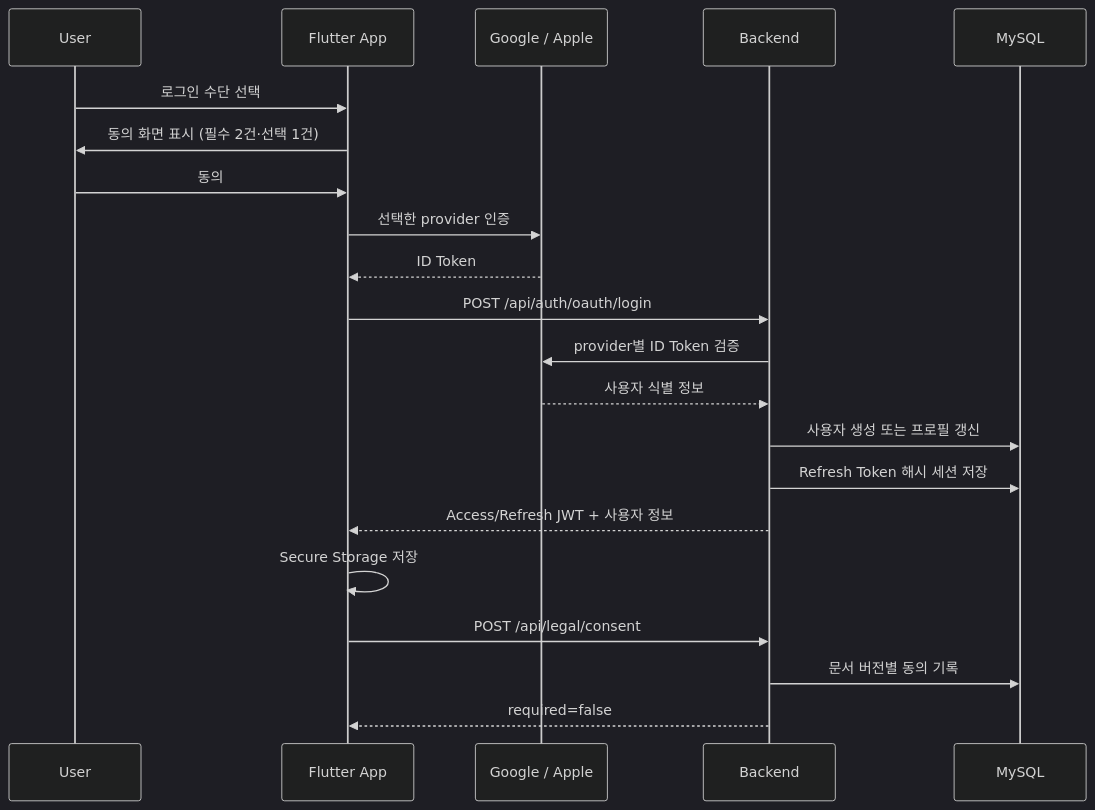
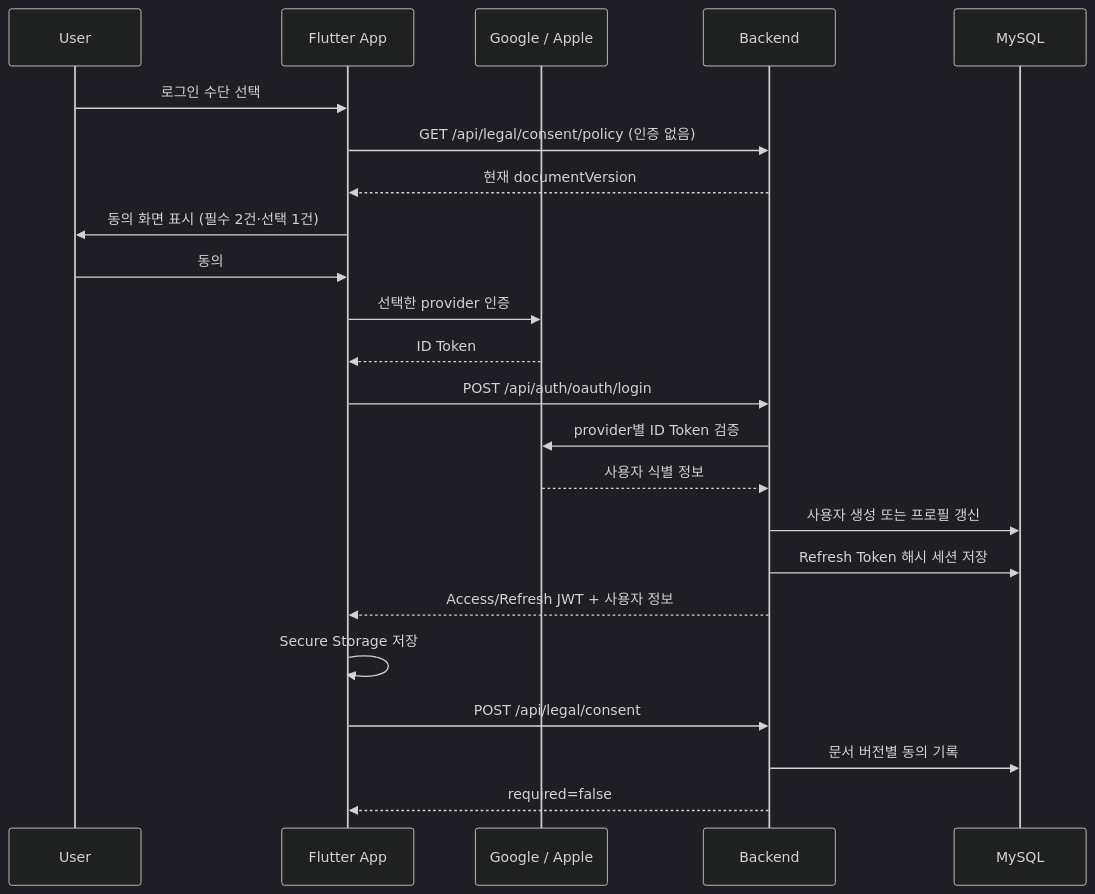
The first of 2 diagrams in docs/architecture/authentication-flow.md (byeok99/LingKo), drawn with Mermaid (dark theme) before and after one commit. The commit also changed other lines of this file and 8 other files, not shown here.

Commit message:
fix: recover consent flow across policy updates

````diff
--- a/docs/architecture/authentication-flow.md
+++ b/docs/architecture/authentication-flow.md
@@ -5,24 +5,26 @@
 ```mermaid
 sequenceDiagram
     participant U as User
     participant A as Flutter App
     participant P as Google / Apple
     participant B as Backend
     participant D as MySQL
 
     U->>A: 로그인 수단 선택
+    A->>B: GET /api/legal/consent/policy (인증 없음)
+    B-->>A: 현재 documentVersion
     A->>U: 동의 화면 표시 (필수 2건·선택 1건)
     U->>A: 동의
     A->>P: 선택한 provider 인증
     P-->>A: ID Token
     A->>B: POST /api/auth/oauth/login
     B->>P: provider별 ID Token 검증
     P-->>B: 사용자 식별 정보
     B->>D: 사용자 생성 또는 프로필 갱신
     B->>D: Refresh Token 해시 세션 저장
     B-->>A: Access/Refresh JWT + 사용자 정보
     A->>A: Secure Storage 저장
     A->>B: POST /api/legal/consent
     B->>D: 문서 버전별 동의 기록
     B-->>A: required=false
 ```
````
